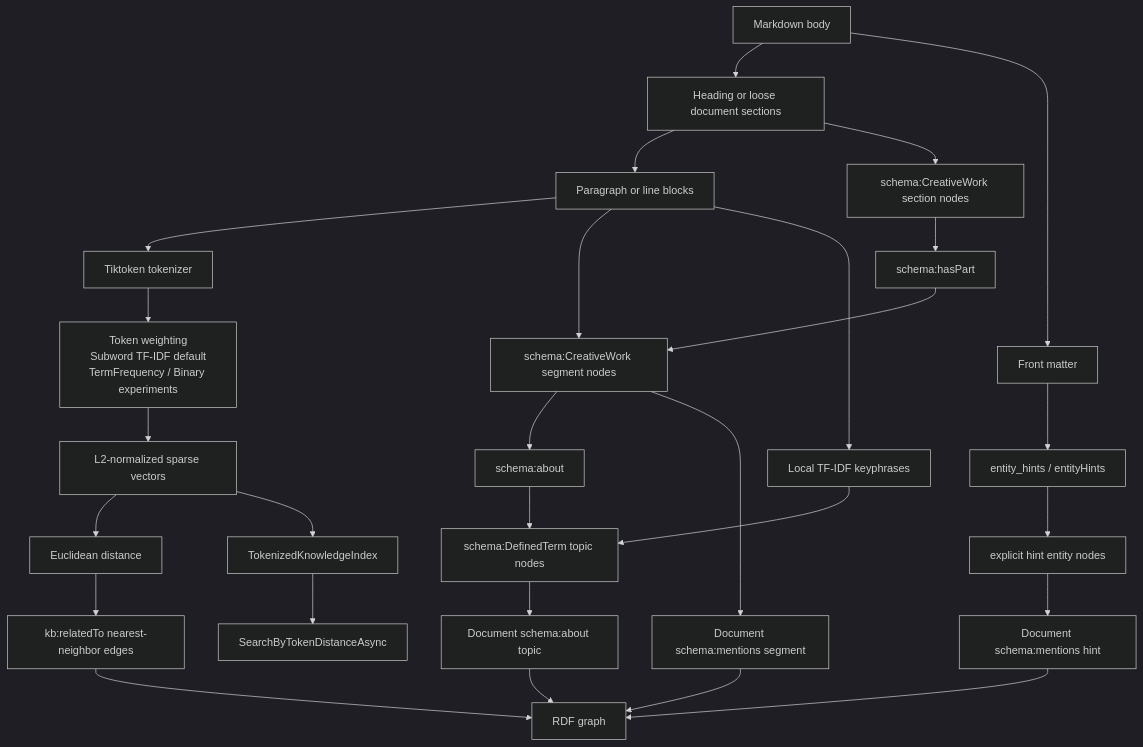
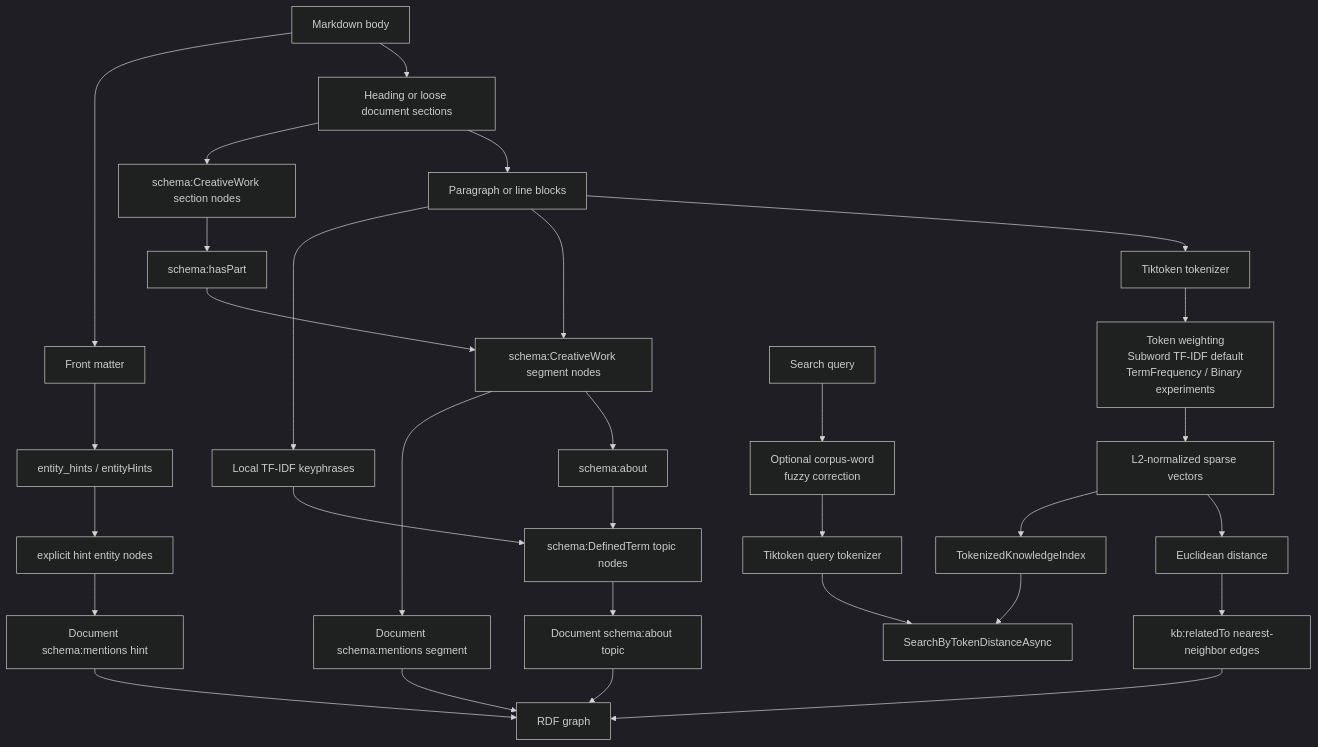
One commit to managedcode/markdown-ld-kb changed the diagram in docs/Features/TiktokenGraphExtraction.md. Above: the diagram before and after it, drawn with Mermaid (dark theme). The commit also changed other lines of this file and 84 other files, not shown here.

Commit message:
Add cited answering and benchmarked graph search

````diff
--- a/docs/Features/TiktokenGraphExtraction.md
+++ b/docs/Features/TiktokenGraphExtraction.md
@@ -11,30 +11,33 @@
 ```mermaid
 flowchart TD
     Source["Markdown body"] --> LooseSections["Heading or loose document sections"]
     Source --> FrontMatter["Front matter"]
     LooseSections --> Blocks["Paragraph or line blocks"]
     Blocks --> Tokenizer["Tiktoken tokenizer"]
     Tokenizer --> Weighting["Token weighting\nSubword TF-IDF default\nTermFrequency / Binary experiments"]
     Weighting --> Vectors["L2-normalized sparse vectors"]
     Vectors --> Distance["Euclidean distance"]
     Blocks --> SegmentNodes["schema:CreativeWork segment nodes"]
     Blocks --> Keyphrases["Local TF-IDF keyphrases"]
     FrontMatter --> EntityHints["entity_hints / entityHints"]
     EntityHints --> HintNodes["explicit hint entity nodes"]
     Keyphrases --> TopicNodes["schema:DefinedTerm topic nodes"]
     LooseSections --> SectionNodes["schema:CreativeWork section nodes"]
     SectionNodes --> HasPart["schema:hasPart"]
     HasPart --> SegmentNodes
     SegmentNodes --> About["schema:about"]
     About --> TopicNodes
     HintNodes --> HintMentions["Document schema:mentions hint"]
     Distance --> RelatedEdges["kb:relatedTo nearest-neighbor edges"]
     SegmentNodes --> Mentions["Document schema:mentions segment"]
     TopicNodes --> DocAbout["Document schema:about topic"]
     Mentions --> Graph["RDF graph"]
     HintMentions --> Graph
     DocAbout --> Graph
     RelatedEdges --> Graph
     Vectors --> Index["TokenizedKnowledgeIndex"]
-    Index --> Search["SearchByTokenDistanceAsync"]
+    Query["Search query"] --> FuzzyCorrection["Optional corpus-word\nfuzzy correction"]
+    FuzzyCorrection --> QueryTokenizer["Tiktoken query tokenizer"]
+    QueryTokenizer --> Search["SearchByTokenDistanceAsync"]
+    Index --> Search
 ```
````
